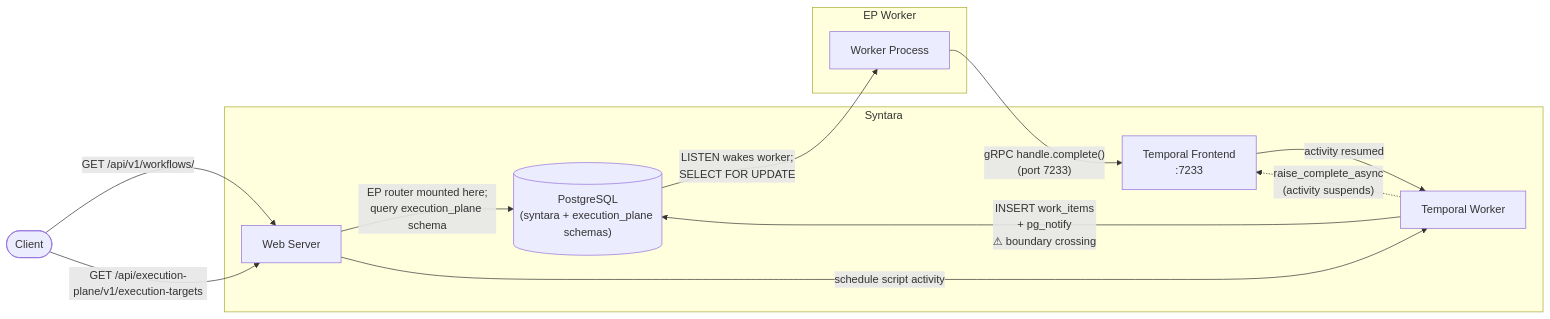
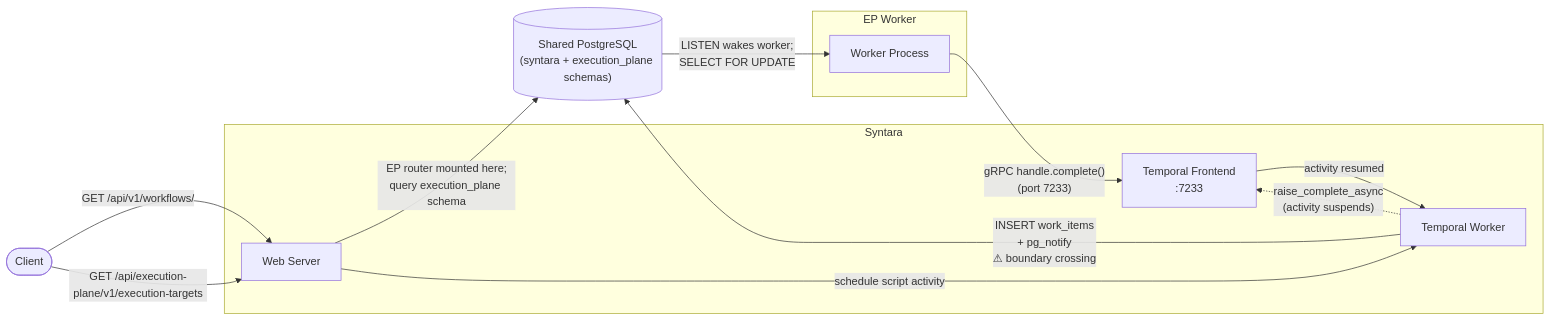
The first of 2 diagrams in backend/docs/execution-plane-integration.md (AlanCoding/syntara), drawn with Mermaid before and after one commit.

Commit message:
docs(ep): move PostgreSQL back outside boxes in current-state diagram
Shared PostgreSQL sits outside both the Syntara and EP Worker subgraphs —
neither service owns it in the current shortcut design. Temporal Frontend
remains inside Syntara as Syntara infrastructure.

````diff
--- a/backend/docs/execution-plane-integration.md
+++ b/backend/docs/execution-plane-integration.md
@@ -23,27 +23,27 @@
 ```mermaid
 flowchart LR
     C([Client])
+    DB[("Shared PostgreSQL\n(syntara + execution_plane schemas)")]
 
     subgraph syn["Syntara"]
         SW["Web Server"]
         STW["Temporal Worker"]
         T["Temporal Frontend\n:7233"]
-        DB[("PostgreSQL\n(syntara + execution_plane schemas)")]
     end
 
     subgraph ep["EP Worker"]
         EPW["Worker Process"]
     end
 
     C -->|"GET /api/v1/workflows/"| SW
     C -->|"GET /api/execution-plane/v1/execution-targets"| SW
     SW -->|"EP router mounted here;\nquery execution_plane schema"| DB
 
     SW -->|"schedule script activity"| STW
     STW -->|"INSERT work_items\n+ pg_notify\n⚠ boundary crossing"| DB
     STW -.->|"raise_complete_async\n(activity suspends)"| T
 
     DB -->|"LISTEN wakes worker;\nSELECT FOR UPDATE"| EPW
     EPW -->|"gRPC handle.complete()\n(port 7233)"| T
     T -->|"activity resumed"| STW
 ```
````
